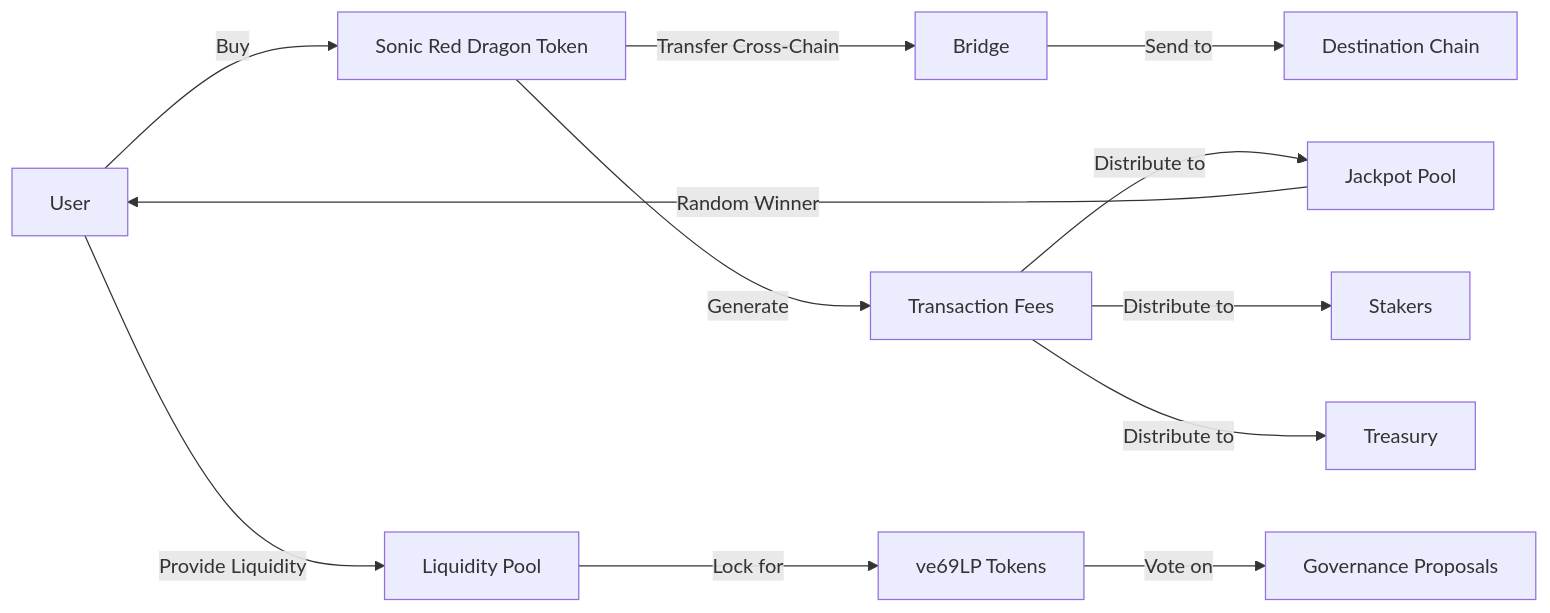
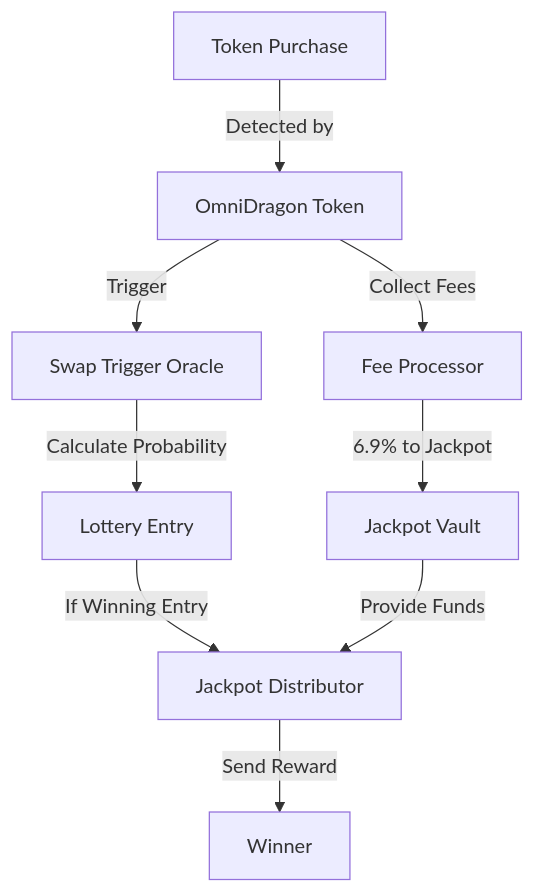
Before and after one commit to wenakita/sonicreddragon-docs: the fourth of 6 diagrams in docs/concepts/architecture.md, drawn with Mermaid. The commit also changed other lines of this file, not shown here.

Commit message:
Update architecture documentation with detailed jackpot system integration

````diff
--- a/docs/concepts/architecture.md
+++ b/docs/concepts/architecture.md
@@ -127,16 +116,13 @@
 ```mermaid
-flowchart LR
-    User["User"] -->|"Buy"| Token["Sonic Red Dragon Token"]
-    User -->|"Provide Liquidity"| LP["Liquidity Pool"]
-    LP -->|"Lock for"| ve69LP["ve69LP Tokens"]
-    Token -->|"Transfer Cross-Chain"| Bridge["Bridge"]
-    Bridge -->|"Send to"| DestChain["Destination Chain"]
-    Token -->|"Generate"| Fees["Transaction Fees"]
-    Fees -->|"Distribute to"| JackpotPool["Jackpot Pool"]
-    Fees -->|"Distribute to"| Stakers["Stakers"]
-    Fees -->|"Distribute to"| Treasury["Treasury"]
-    JackpotPool -->|"Random Winner"| User
-    ve69LP -->|"Vote on"| Governance["Governance Proposals"]
+graph TD
+    Buy["Token Purchase"] -->|"Detected by"| OmniDragon["OmniDragon Token"]
+    OmniDragon -->|"Collect Fees"| FeeProcessor["Fee Processor"]
+    FeeProcessor -->|"6.9% to Jackpot"| JackpotVault["Jackpot Vault"]
+    OmniDragon -->|"Trigger"| SwapOracle["Swap Trigger Oracle"]
+    SwapOracle -->|"Calculate Probability"| Entry["Lottery Entry"]
+    Entry -->|"If Winning Entry"| Distributor["Jackpot Distributor"]
+    JackpotVault -->|"Provide Funds"| Distributor
+    Distributor -->|"Send Reward"| Winner["Winner"]
     
-    class Token,JackpotPool highlight
+    class SwapOracle,JackpotVault,Distributor highlight
 ```
````
